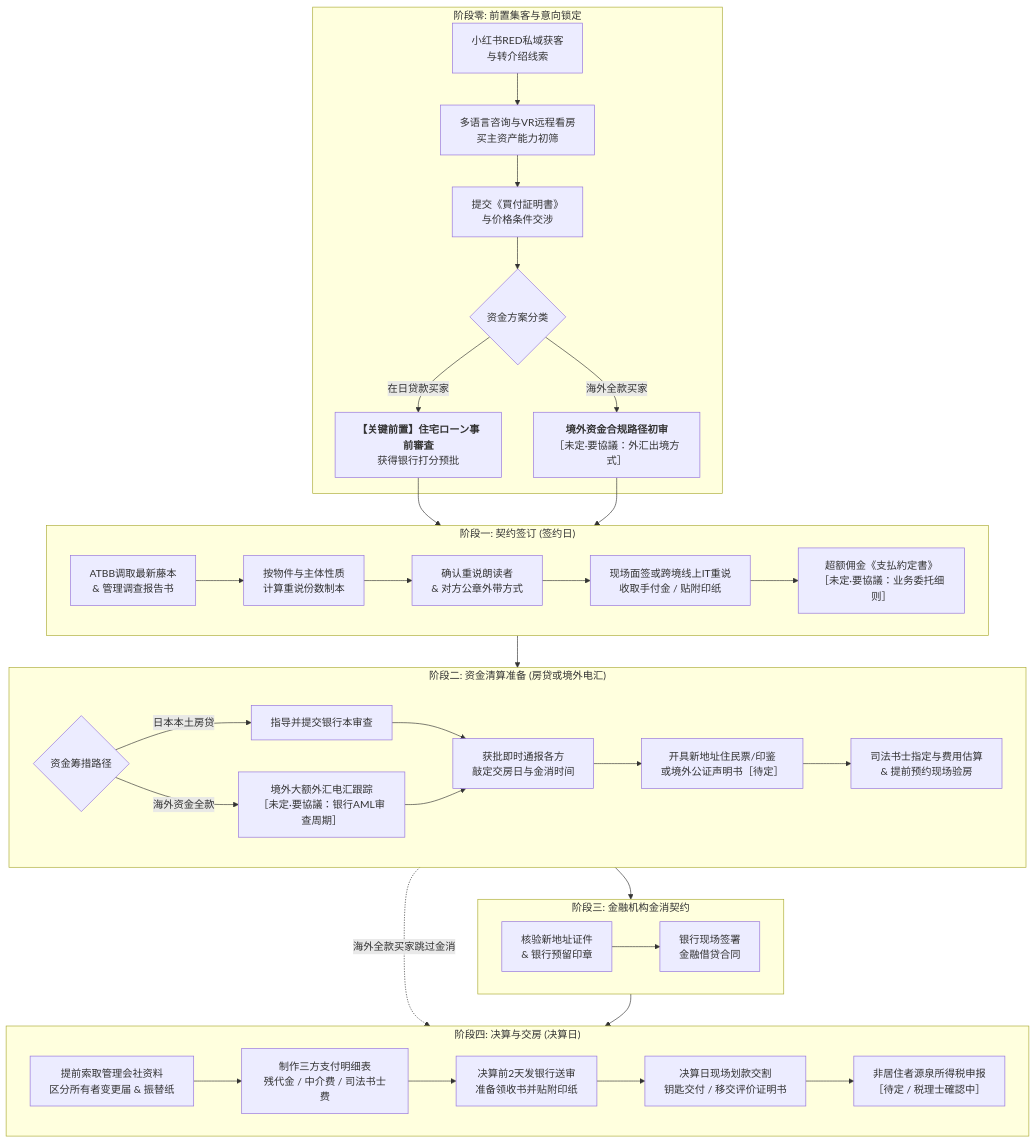
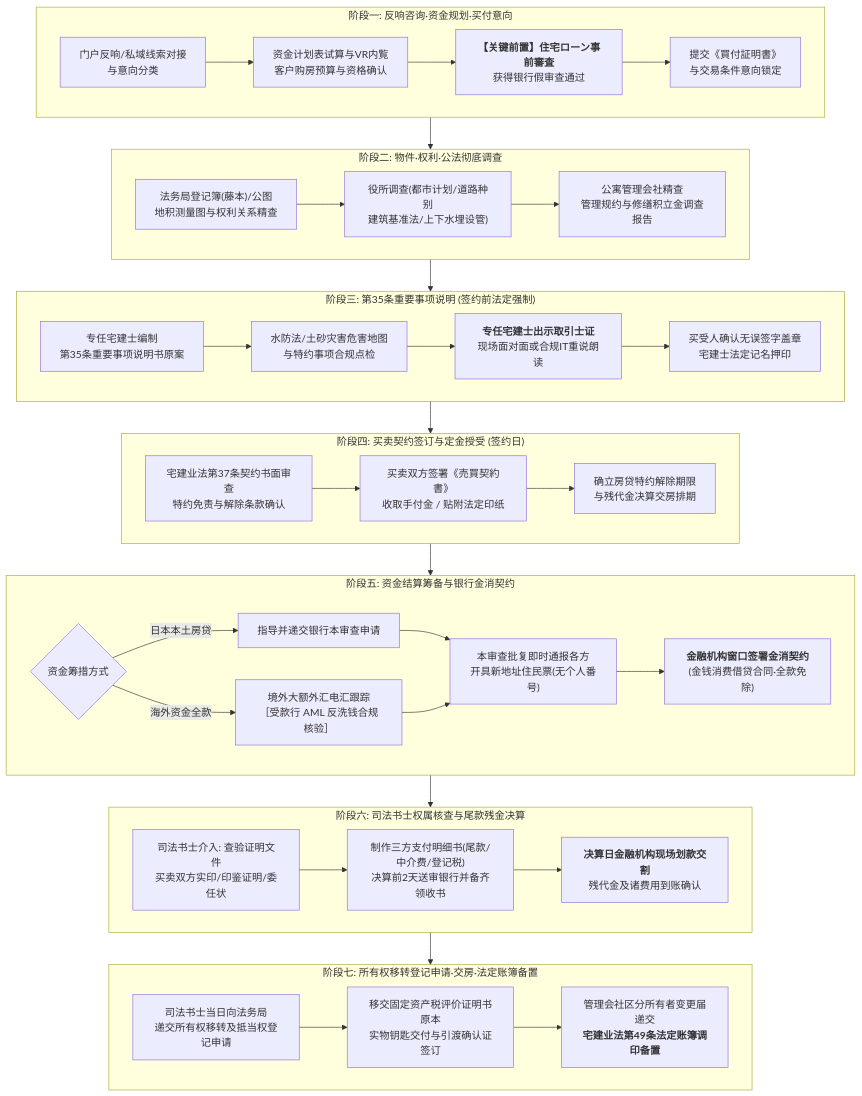
One commit to QQDDTT/Vanguard-Sentis changed the diagram in docs/02_business_workflow.md. Above: the diagram before and after it, drawn with Mermaid. The commit also changed other lines of this file and 2 other files, not shown here.

Commit message:
fix(site): 重塑7大标准SOP流程，确立国内业务为主轴，优化咨询交付物分类与界限表述

````diff
--- a/docs/02_business_workflow.md
+++ b/docs/02_business_workflow.md
@@ -11,45 +11,50 @@
 ```mermaid
 graph TD
-    subgraph S0 ["阶段零: 前置集客与意向锁定"]
-        Z1["小红书RED私域获客<br/>与转介绍线索"] --> Z2["多语言咨询与VR远程看房<br/>买主资产能力初筛"]
-        Z2 --> Z3["提交《買付証明書》<br/>与价格条件交涉"]
-        Z3 --> Z4{"资金方案分类"}
-        Z4 -- 在日贷款买家 --> Z5["<b>【关键前置】住宅ローン事前審査</b><br/>获得银行打分预批"]
-        Z4 -- 海外全款买家 --> Z6["<b>境外资金合规路径初审</b><br/>［未定·要協議：外汇出境方式］"]
+    subgraph P1 ["阶段一: 反响咨询·资金规划·买付意向"]
+        Z1["门户反响/私域线索对接<br/>与意向分类"] --> Z2["资金计划表试算与VR内覧<br/>客户购房预算与资格确认"]
+        Z2 --> Z3["<b>【关键前置】住宅ローン事前審査</b><br/>获得银行假审查通过"]
+        Z3 --> Z4["提交《買付証明書》<br/>与交易条件意向锁定"]
     end
 
-    subgraph S1 ["阶段一: 契约签订 (签约日)"]
-        A1["ATBB调取最新藤本<br/>& 管理调查报告书"] --> A2["按物件与主体性质<br/>计算重说份数制本"]
-        A2 --> A3["确认重说朗读者<br/>& 对方公章外带方式"]
-        A3 --> A4["现场面签或跨境线上IT重说<br/>收取手付金 / 贴附印纸"]
-        A4 --> A5["超额佣金《支払約定書》<br/>［未定·要協議：业务委托细则］"]
+    subgraph P2 ["阶段二: 物件·权利·公法彻底调查"]
+        Y1["法务局登记簿(藤本)/公图<br/>地积测量图与权利关系精查"] --> Y2["役所调查(都市计划/道路种别<br/>建筑基准法/上下水埋设管)"]
+        Y2 --> Y3["公寓管理会社精查<br/>管理规约与修缮积立金调查报告"]
     end
 
-    subgraph S2 ["阶段二: 资金清算准备 (房贷或境外电汇)"]
-        B1{"资金筹措路径"}
-        B1 -- 日本本土房贷 --> B2["指导并提交银行本审查"]
-        B1 -- 海外资金全款 --> B3["境外大额外汇电汇跟踪<br/>［未定·要協議：银行AML审查周期］"]
-        B2 --> B4["获批即时通报各方<br/>敲定交房日与金消时间"]
-        B3 --> B4
-        B4 --> B5["开具新地址住民票/印鉴<br/>或境外公证声明书［待定］"]
-        B5 --> B6["司法书士指定与费用估算<br/>& 提前预约现场验房"]
+    subgraph P3 ["阶段三: 第35条重要事项说明 (签约前法定强制)"]
+        W1["专任宅建士编制<br/>第35条重要事项说明书原案"] --> W2["水防法/土砂灾害危害地图<br/>与特约事项合规点检"]
+        W2 --> W3["<b>专任宅建士出示取引士证</b><br/>现场面对面或合规IT重说朗读"]
+        W3 --> W4["买受人确认无误签字盖章<br/>宅建士法定记名押印"]
     end
 
-    subgraph S3 ["阶段三: 金融机构金消契约"]
-        C1["核验新地址证件<br/>& 银行预留印章"] --> C2["银行现场签署<br/>金融借贷合同"]
+    subgraph P4 ["阶段四: 买卖契约签订与定金授受 (签约日)"]
+        A1["宅建业法第37条契约书面审查<br/>特约免责与解除条款确认"] --> A2["买卖双方签署《売買契約書》<br/>收取手付金 / 贴附法定印纸"]
+        A2 --> A3["确立房贷特约解除期限<br/>与残代金决算交房排期"]
     end
 
-    subgraph S4 ["阶段四: 决算与交房 (决算日)"]
-        D1["提前索取管理会社资料<br/>区分所有者变更届 & 振替纸"] --> D2["制作三方支付明细表<br/>残代金 / 中介费 / 司法书士费"]
-        D2 --> D3["决算前2天发银行送审<br/>准备领收书并贴附印纸"]
-        D3 --> D4["决算日现场划款交割<br/>钥匙交付 / 移交评价证明书"]
-        D4 --> D5["非居住者源泉所得税申报<br/>［待定 / 税理士確認中］"]
+    subgraph P5 ["阶段五: 资金结算筹备与银行金消契约"]
+        B1{"资金筹措方式"}
+        B1 -- 日本本土房贷 --> B2["指导并递交银行本审查申请"]
+        B1 -- 海外资金全款 --> B3["境外大额外汇电汇跟踪<br/>［受款行 AML 反洗钱合规核验］"]
+        B2 --> B4["本审查批复即时通报各方<br/>开具新地址住民票(无个人番号)"]
+        B3 --> B4
+        B4 --> B5["<b>金融机构窗口签署金消契约</b><br/>(金钱消费借贷合同·全款免除)"]
     end
 
-    Z5 --> S1
-    Z6 --> S1
-    S1 --> S2
-    S2 --> S3
-    S2 -.->|"海外全款买家跳过金消"| S4
-    S3 --> S4
+    subgraph P6 ["阶段六: 司法书士权属核查与尾款残金决算"]
+        C1["司法书士介入: 查验证明文件<br/>买卖双方实印/印鉴证明/委任状"] --> C2["制作三方支付明细书(尾款/中介费/登记税)<br/>决算前2天送审银行并备齐领收书"]
+        C2 --> C3["<b>决算日金融机构现场划款交割</b><br/>残代金及诸费用到账确认"]
+    end
+
+    subgraph P7 ["阶段七: 所有权移转登记申请·交房·法定账簿备置"]
+        D1["司法书士当日向法务局<br/>递交所有权移转及抵当权登记申请"] --> D2["移交固定资产税评价证明书原本<br/>实物钥匙交付与引渡确认证签订"]
+        D2 --> D3["管理会社区分所有者变更届递交<br/><b>宅建业法第49条法定账簿调印备置</b>"]
+    end
+
+    P1 --> P2
+    P2 --> P3
+    P3 --> P4
+    P4 --> P5
+    P5 --> P6
+    P6 --> P7
 ```
````
